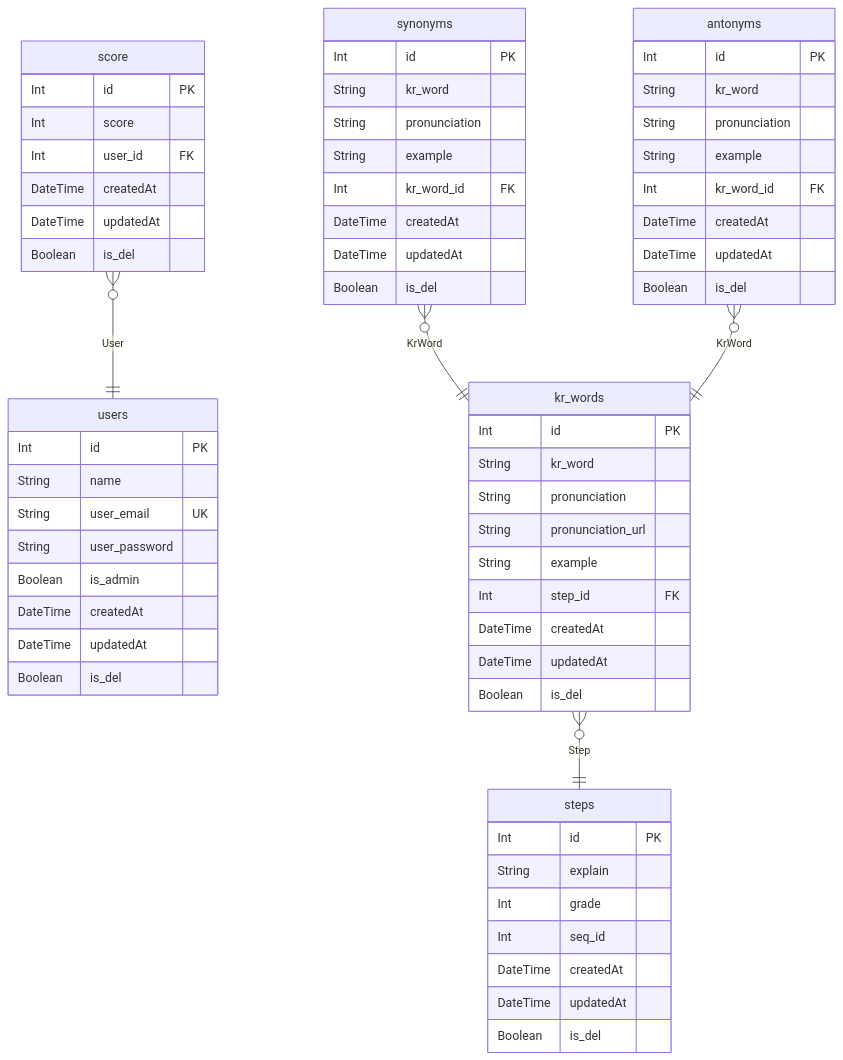
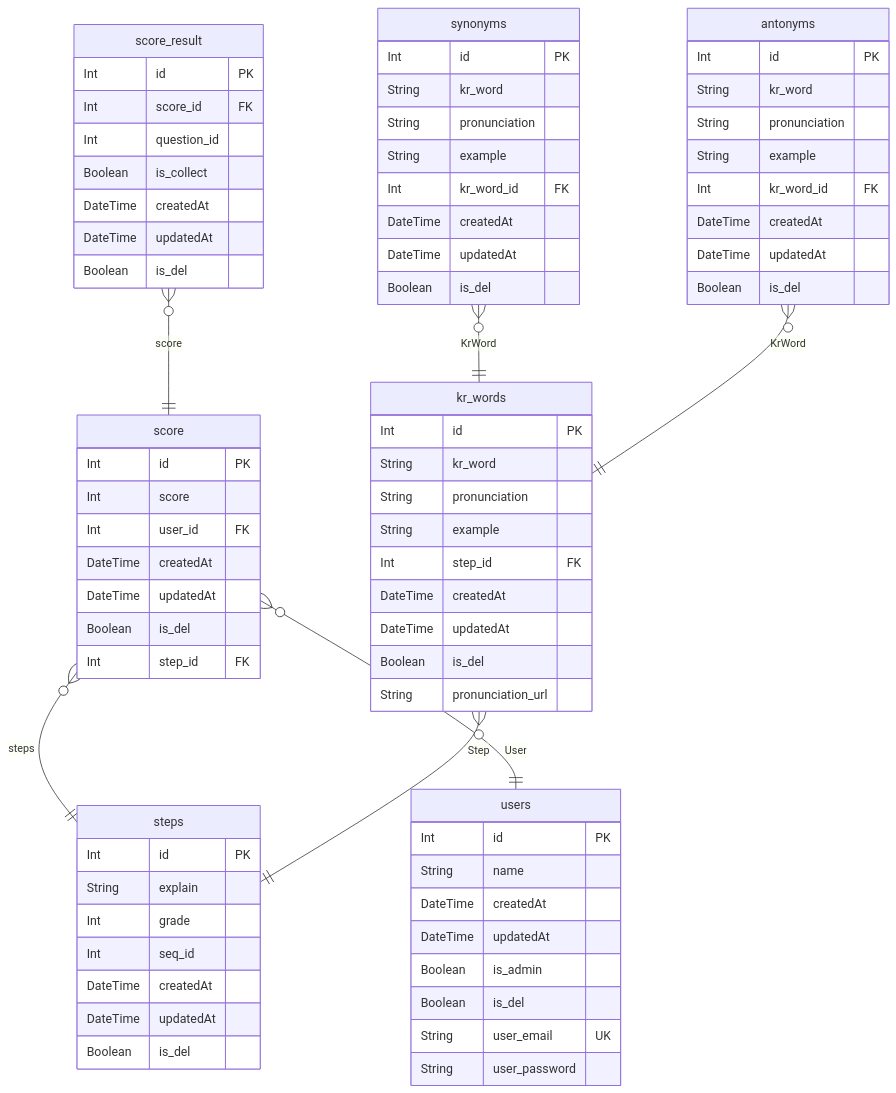
One commit to CobitionOrg/solibyeoli-server changed the diagram in prisma/ERD.md. Above: the diagram before and after it, drawn with Mermaid. The commit also changed other lines of this file and 8 other files, not shown here.

````diff
--- a/prisma/ERD.md
+++ b/prisma/ERD.md
@@ -7,65 +7,77 @@
 ```mermaid
 erDiagram
 "users" {
   Int id PK
   String name
+  DateTime createdAt
+  DateTime updatedAt
+  Boolean is_admin
+  Boolean is_del
   String user_email UK
   String user_password
-  Boolean is_admin
-  DateTime createdAt
-  DateTime updatedAt
-  Boolean is_del
 }
 "score" {
   Int id PK
   Int score
   Int user_id FK
   DateTime createdAt
   DateTime updatedAt
   Boolean is_del
+  Int step_id FK
 }
 "steps" {
   Int id PK
   String explain
   Int grade
   Int seq_id
   DateTime createdAt
   DateTime updatedAt
   Boolean is_del
 }
 "kr_words" {
   Int id PK
   String kr_word
   String pronunciation
-  String pronunciation_url
   String example
   Int step_id FK
   DateTime createdAt
   DateTime updatedAt
   Boolean is_del
+  String pronunciation_url
 }
 "synonyms" {
   Int id PK
   String kr_word
   String pronunciation
   String example
   Int kr_word_id FK
   DateTime createdAt
   DateTime updatedAt
   Boolean is_del
 }
 "antonyms" {
   Int id PK
   String kr_word
   String pronunciation
   String example
   Int kr_word_id FK
   DateTime createdAt
   DateTime updatedAt
   Boolean is_del
 }
+"score_result" {
+  Int id PK
+  Int score_id FK
+  Int question_id
+  Boolean is_collect
+  DateTime createdAt
+  DateTime updatedAt
+  Boolean is_del
+}
+"score" }o--|| "steps" : steps
 "score" }o--|| "users" : User
 "kr_words" }o--|| "steps" : Step
 "synonyms" }o--|| "kr_words" : KrWord
 "antonyms" }o--|| "kr_words" : KrWord
+"score_result" }o--|| "score" : score
 ```
````
